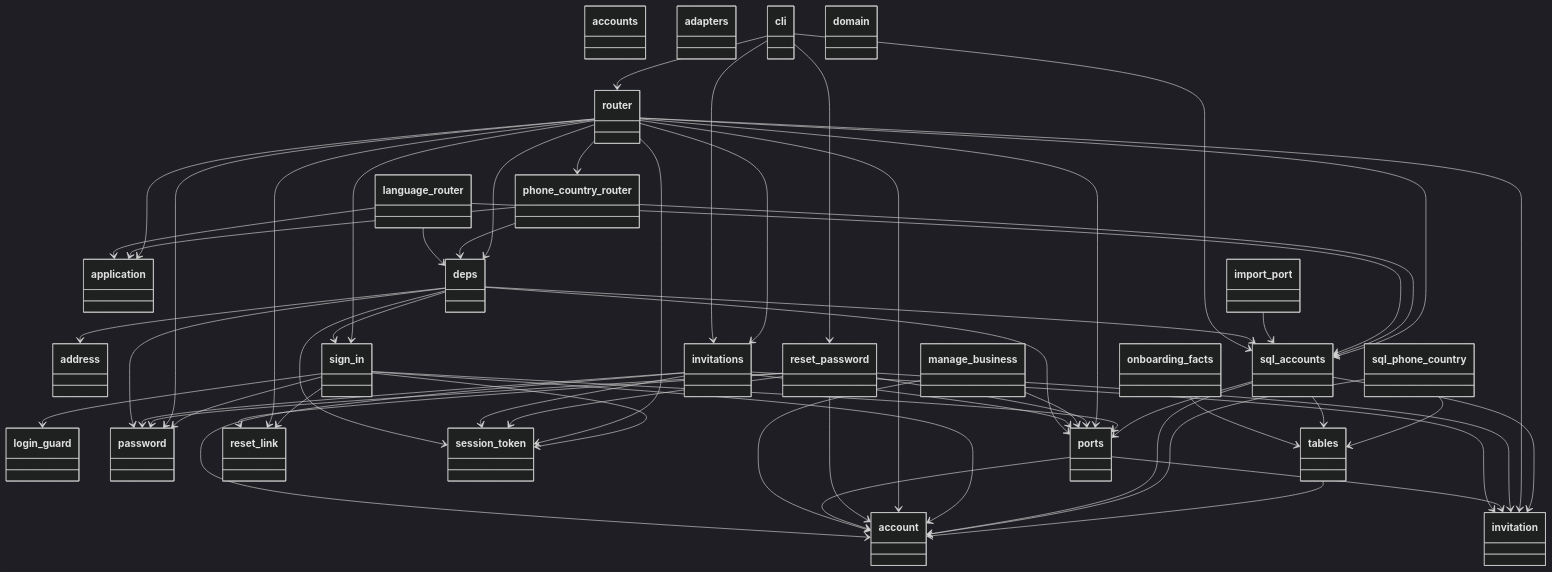
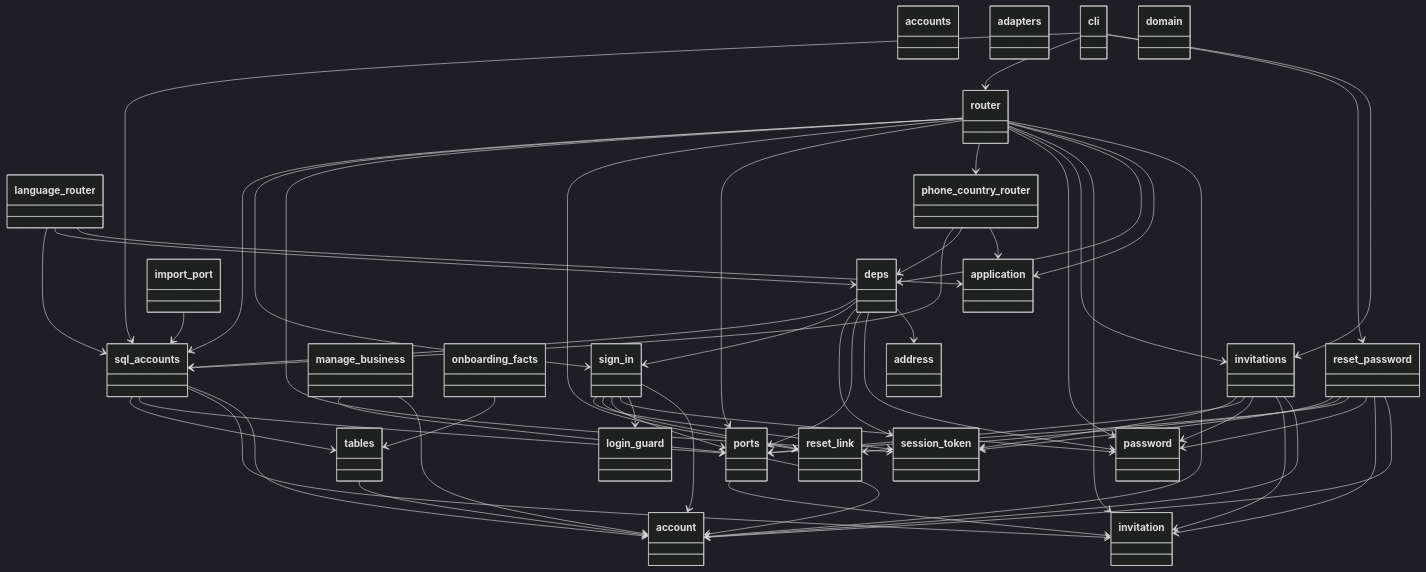
The first of 4 diagrams in docs/architecture/generated/classes/accounts.md (GonzaloZevallos/apostrophe), drawn with Mermaid (dark theme) before and after one commit. The commit also changed other lines of this file and 46 other files, not shown here.

First line of the commit message:
Customer write takes phone_country; the business Phone country reader is gone

````diff
--- a/docs/architecture/generated/classes/accounts.md
+++ b/docs/architecture/generated/classes/accounts.md
@@ -53,8 +53,6 @@
   class sign_in {
   }
   class sql_accounts {
-  }
-  class sql_phone_country {
   }
   class tables {
   }
@@ -113,7 +111,5 @@
   sql_accounts --> invitation
   sql_accounts --> ports
   sql_accounts --> tables
-  sql_phone_country --> account
-  sql_phone_country --> tables
   tables --> account
 ```
````
